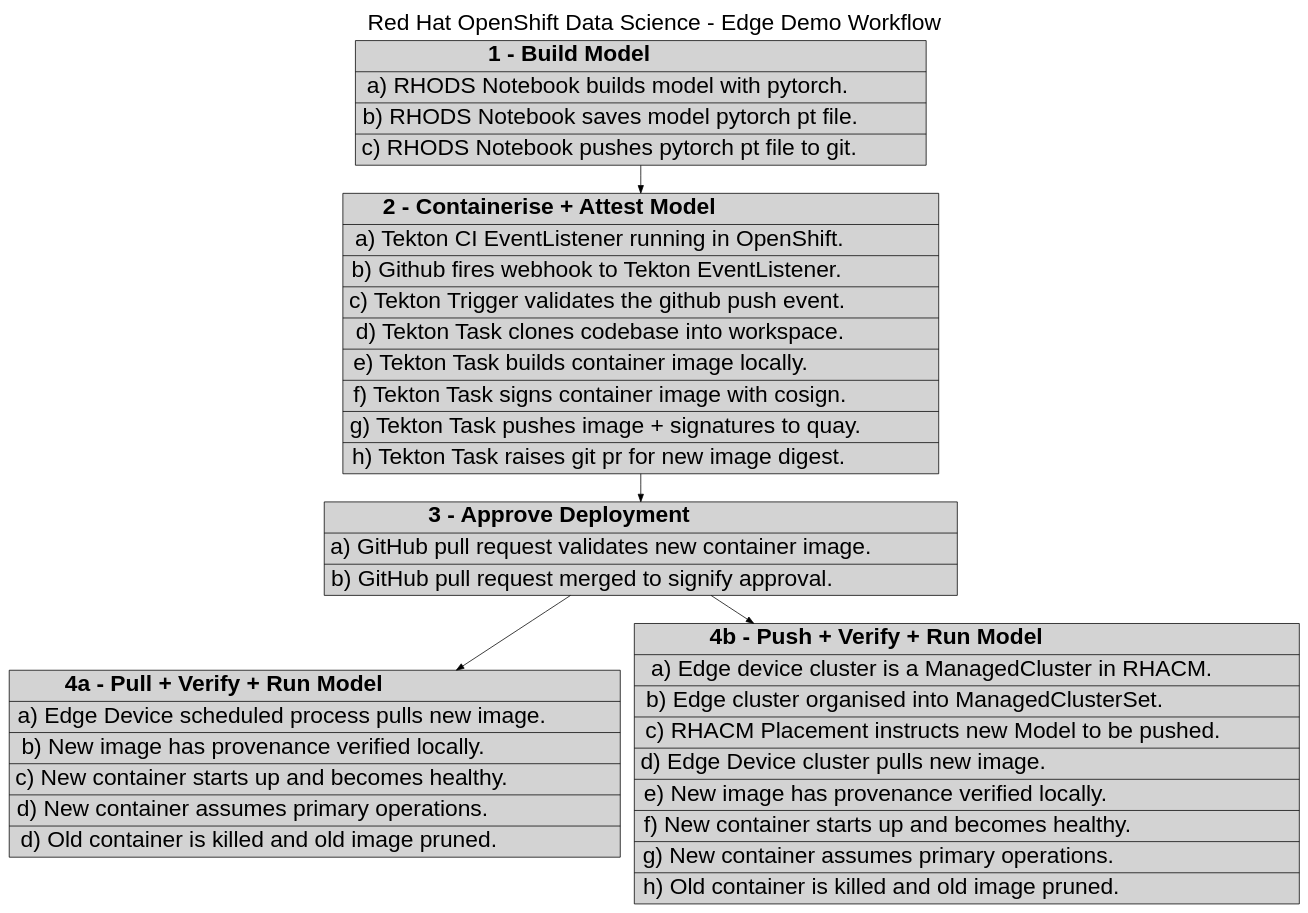
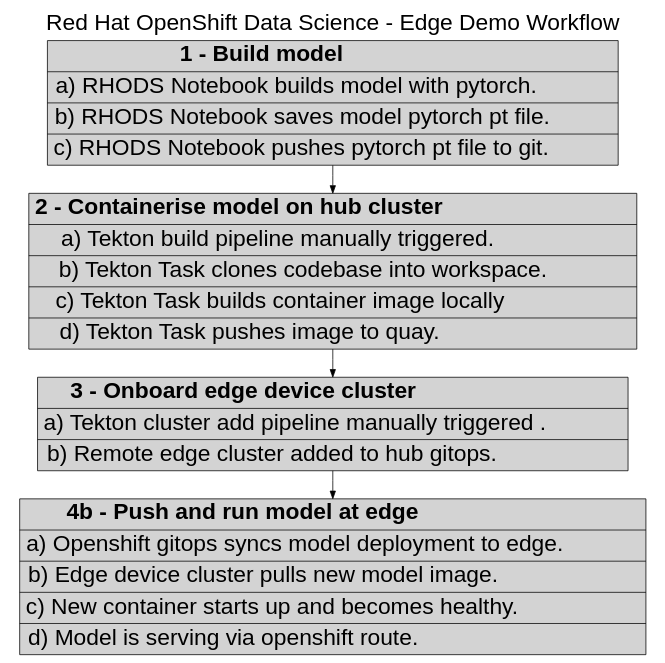
One commit to odh-labs/edge-robotics changed the diagram in images/model-flow-diagram.dot. Above: the diagram before and after it, drawn with Graphviz. The commit also changed 1 other file, not shown here.

Commit message:
Update diagram to reflect current process.

```diff
--- a/images/model-flow-diagram.dot
+++ b/images/model-flow-diagram.dot
@@ -1,78 +1,58 @@
 digraph {
 
     # Default styling for the whole diagram
     graph [fontname = "helvetica"];
     edge  [fontname = "helvetica"];
     node  [
         fontname = "helvetica"
         labelloc=t;
         fontsize=30;
         shape=record;
         style=filled;
     ];
 
     graph [label="Red Hat OpenShift Data Science - Edge Demo Workflow", labelloc=t; fontsize=30; ]; {
 
         subgraph {
             model [
-                label = <{<b>1 - Build Model</b>
-                | a) RHODS Notebook builds model with pytorch.  |
+                label = <{<b>1 - Build model</b>
+                | a) RHODS Notebook builds model with pytorch.   |
                 b) RHODS Notebook saves model pytorch pt file.|
                 c) RHODS Notebook pushes pytorch pt file to git. }>
             ];
         }
 
         subgraph  {
             container [
-                label = <{<b>2 - Containerise + Attest Model</b>
-                | a) Tekton CI EventListener running in OpenShift.    |
-                b) Github fires webhook to Tekton EventListener.    |
-                c) Tekton Trigger validates the github push event.   |
-                d) Tekton Task clones codebase into workspace.    |
-                e) Tekton Task builds container image locally.         |
-                f) Tekton Task signs container image with cosign.   |
-                g) Tekton Task pushes image + signatures to quay.|
-                h) Tekton Task raises git pr for new image digest.   }>
+                label = <{<b>2 - Containerise model on hub cluster</b>
+                | a) Tekton build pipeline manually triggered.       |
+                b) Tekton Task clones codebase into workspace.|
+                c) Tekton Task builds container image locally       |
+                d) Tekton Task pushes image to quay.                 }>
             ];
         }
 
         subgraph  {
-            approve [
-                label = <{<b>3 - Approve Deployment</b>
-                | a) GitHub pull request validates new container image.|
-                 b) GitHub pull request merged to signify approval.       }>
-            ];
-        }
-
-        subgraph  {
-            pull [
-                label = <{<b>4a - Pull + Verify + Run Model</b>
-                | a) Edge Device scheduled process pulls new image.|
-                b) New image has provenance verified locally.         |
-                c) New container starts up and becomes healthy.      |
-                d) New container assumes primary operations.         |
-                d) Old container is killed and old image pruned.       }>
+            gitops [
+                label = <{<b>3 - Onboard edge device cluster</b>
+                | a) Tekton cluster add pipeline manually triggered .|
+                 b) Remote edge cluster added to hub gitops.         }>
             ];
         }
 
         subgraph  {
             push [
-                label = <{<b>4b - Push + Verify + Run Model</b>
-                | a) Edge device cluster is a ManagedCluster in RHACM.  |
-                b) Edge cluster organised into ManagedClusterSet.         |
-                c) RHACM Placement instructs new Model to be pushed.|
-                d) Edge Device cluster pulls new image.                           |
-                e) New image has provenance verified locally.                 |
-                f) New container starts up and becomes healthy.             |
-                g) New container assumes primary operations.                |
-                h) Old container is killed and old image pruned.               }>
+                label = <{<b>4b - Push and run model at edge</b>
+                | a) Openshift gitops syncs model deployment to edge.|
+                b) Edge device cluster pulls new model image.           |
+                c) New container starts up and becomes healthy.        |
+                d) Model is serving via openshift route.                       }>
             ];
         }
 
         # Link the subgraphs together
         model -> container
-        container -> approve
-        approve -> pull
-        approve -> push
+        container -> gitops
+        gitops -> push
     }
 }
```
